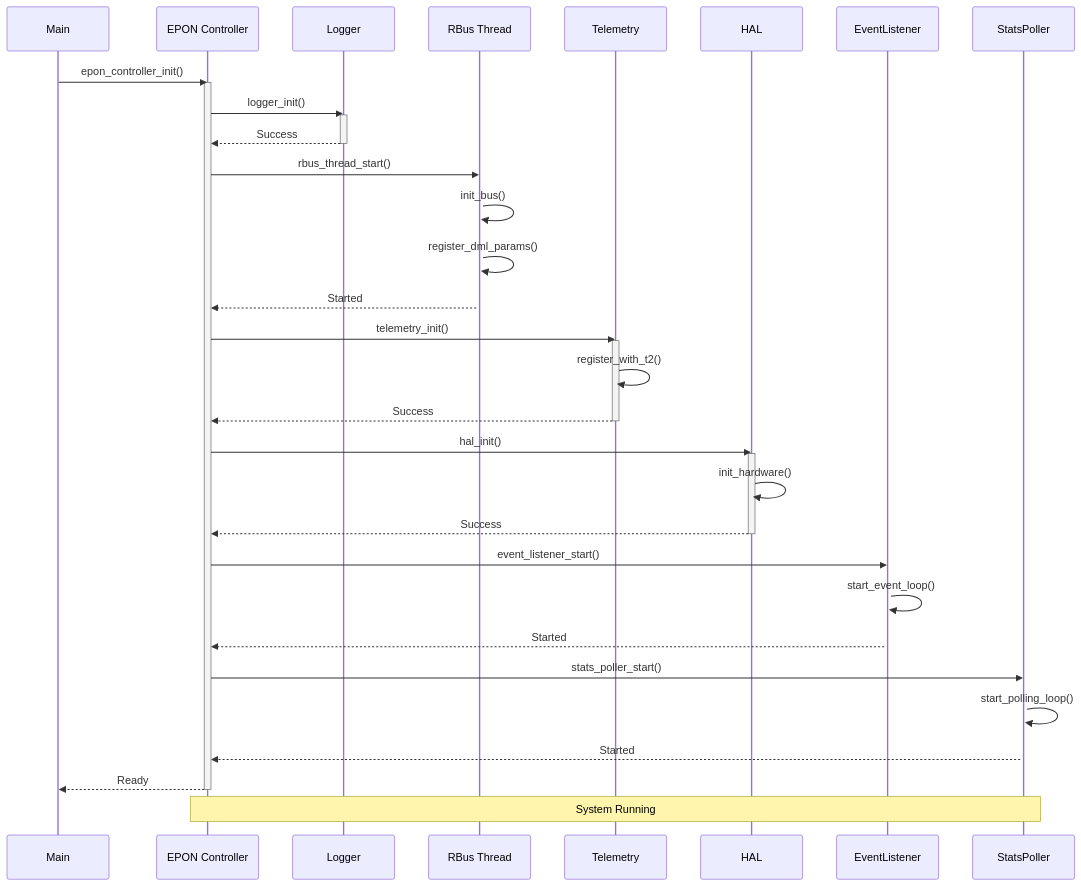
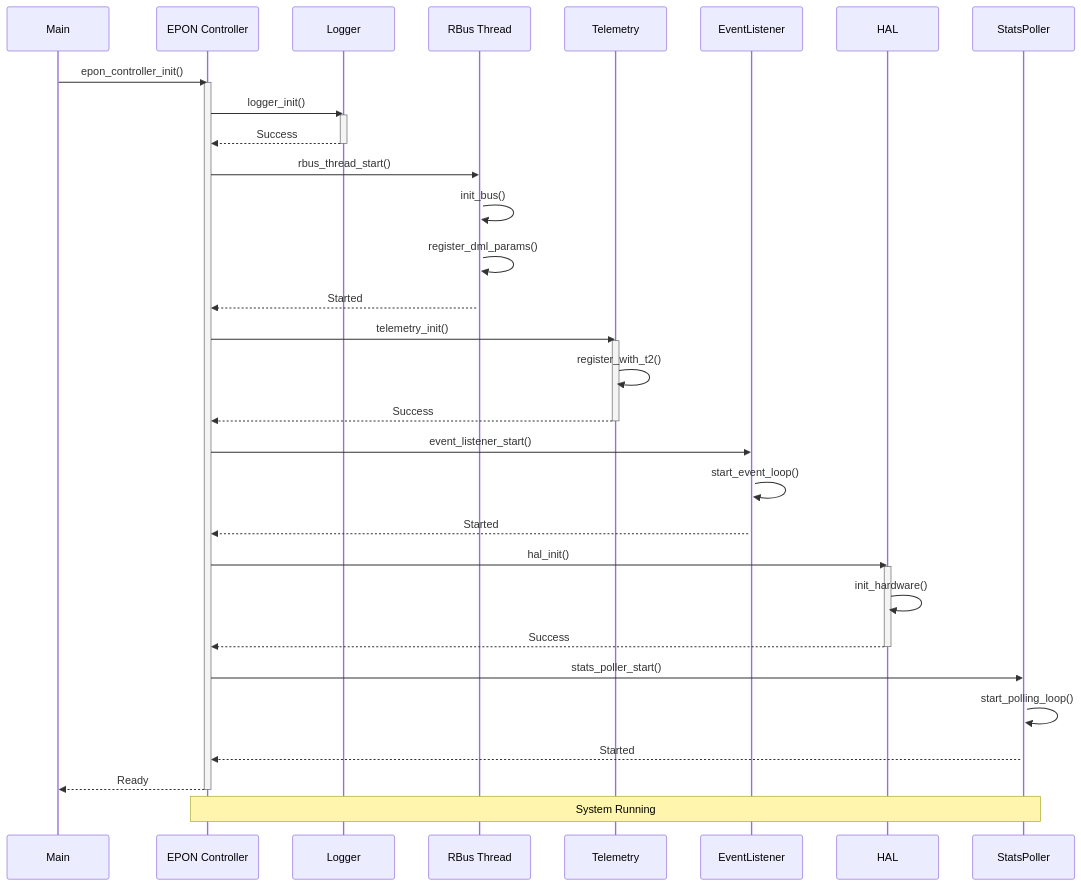
The first of 8 diagrams in design_docs/04_Sequence_Diagrams.md (rdkcentral/epon-manager), drawn with Mermaid before and after one commit. The commit also changed other lines of this file and 5 other files, not shown here.

Commit message:
Refactor architecture and component design documentation; add configuration details and remove obsolete data flow section

````diff
--- a/design_docs/04_Sequence_Diagrams.md
+++ b/design_docs/04_Sequence_Diagrams.md
@@ -5,52 +5,52 @@
 ```mermaid
 sequenceDiagram
     participant Main
     participant Controller as EPON Controller
     participant Logger
     participant RBus as RBus Thread
     participant Telemetry
+    participant EventListener
     participant HAL
-    participant EventListener
     participant StatsPoller
     
     Main->>Controller: epon_controller_init()
     activate Controller
     
     Controller->>Logger: logger_init()
     activate Logger
     Logger-->>Controller: Success
     deactivate Logger
     
     Controller->>RBus: rbus_thread_start()
     activate RBus
     RBus->>RBus: init_bus()
     RBus->>RBus: register_dml_params()
     RBus-->>Controller: Started
     
     Controller->>Telemetry: telemetry_init()
     activate Telemetry
     Telemetry->>Telemetry: register_with_t2()
     Telemetry-->>Controller: Success
     deactivate Telemetry
     
+    Controller->>EventListener: event_listener_start()
+    activate EventListener
+    EventListener->>EventListener: start_event_loop()
+    EventListener-->>Controller: Started
+    
     Controller->>HAL: hal_init()
     activate HAL
     HAL->>HAL: init_hardware()
     HAL-->>Controller: Success
     deactivate HAL
-    
-    Controller->>EventListener: event_listener_start()
-    activate EventListener
-    EventListener->>EventListener: start_event_loop()
-    EventListener-->>Controller: Started
     
     Controller->>StatsPoller: stats_poller_start()
     activate StatsPoller
     StatsPoller->>StatsPoller: start_polling_loop()
     StatsPoller-->>Controller: Started
     
     Controller-->>Main: Ready
     deactivate Controller
     
     Note over Controller,StatsPoller: System Running
 ```
````
